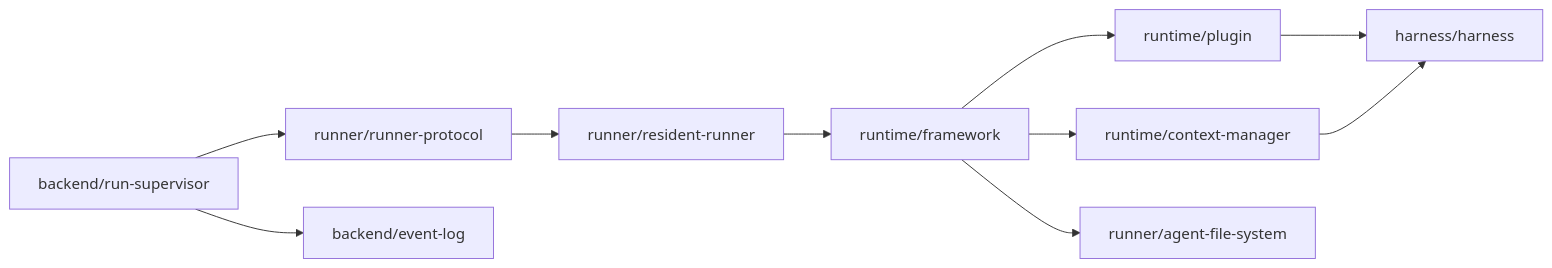
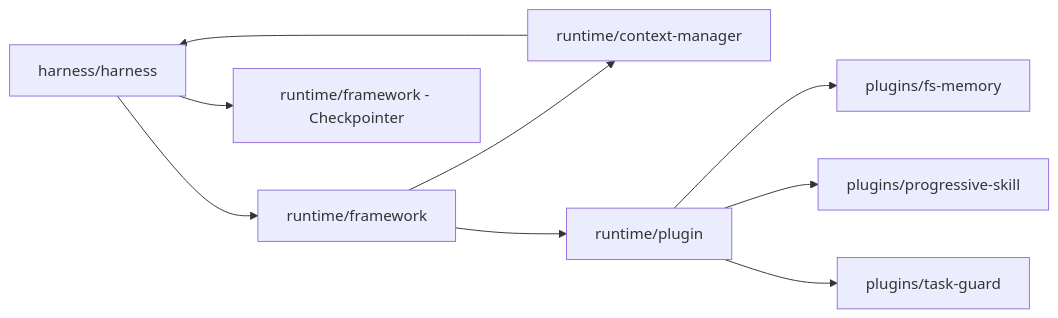
The second of 3 diagrams in docs/architecture/map.md (Chengchcc/my-agent-team), drawn with Mermaid before and after one commit. The commit also changed other lines of this file and 41 other files, not shown here.

````diff
--- a/docs/architecture/map.md
+++ b/docs/architecture/map.md
@@ -21,12 +21,11 @@
 ```mermaid
 flowchart LR
-  RS[backend/run-supervisor] --> RP[runner/runner-protocol]
-  RP --> RR[runner/resident-runner]
-  RR --> FW[runtime/framework]
+  AS[harness/harness] --> FW[runtime/framework]
   FW --> CM[runtime/context-manager]
   FW --> PL[runtime/plugin]
-  PL --> HN[harness/harness]
-  CM --> HN
-  FW --> AFS[runner/agent-file-system]
-  RS --> EL[backend/event-log]
+  PL --> M[plugins/fs-memory]
+  PL --> PS[plugins/progressive-skill]
+  PL --> TG[plugins/task-guard]
+  CM --> AS
+  AS --> CK[runtime/framework - Checkpointer]
 ```
````
